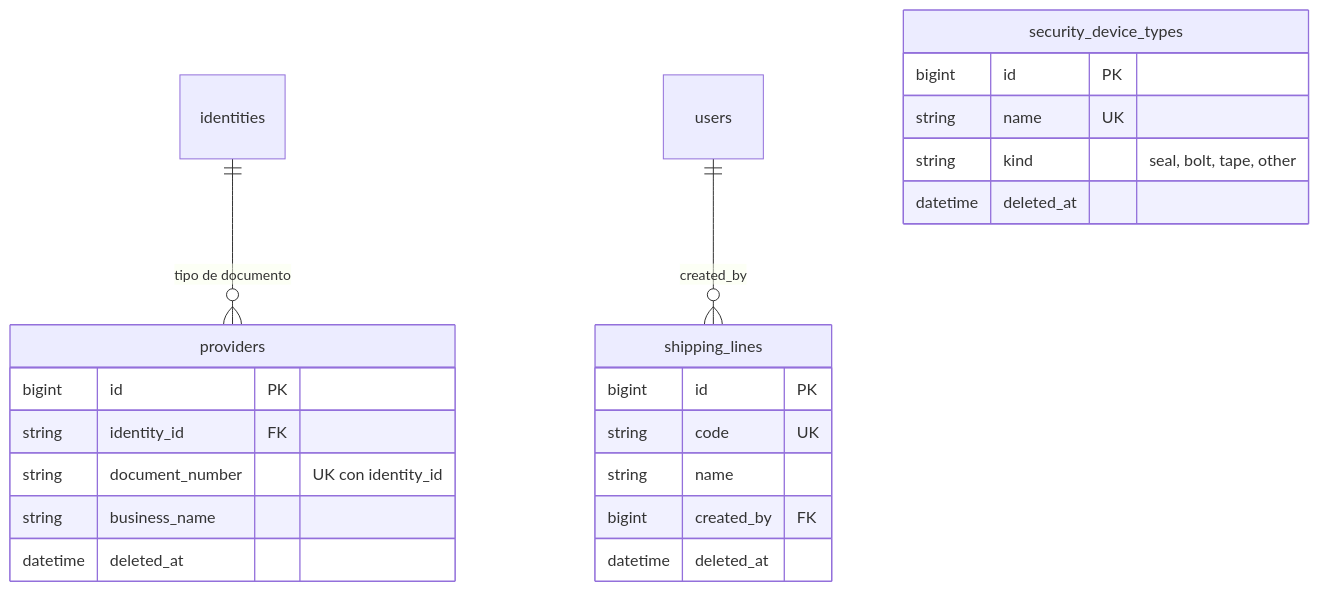
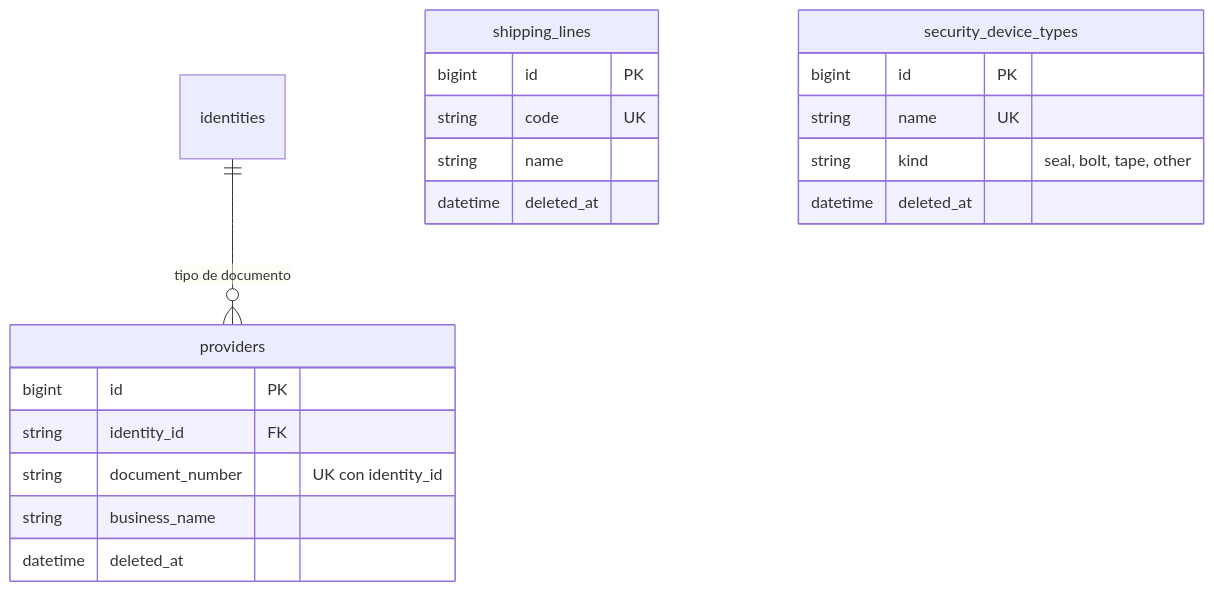
One commit to Cerati1998/SIGLA-TOS changed the second of 2 diagrams in docs/database.md. Above: the diagram before and after it, drawn with Mermaid. The commit also changed other lines of this file and 1 other file, not shown here.

````diff
--- a/docs/database.md
+++ b/docs/database.md
@@ -100,26 +100,24 @@
 ```mermaid
 erDiagram
   identities ||--o{ providers : "tipo de documento"
-  users ||--o{ shipping_lines : "created_by"
 
   shipping_lines {
     bigint id PK
     string code UK
     string name
-    bigint created_by FK
     datetime deleted_at
   }
   providers {
     bigint id PK
     string identity_id FK
     string document_number "UK con identity_id"
     string business_name
     datetime deleted_at
   }
   security_device_types {
     bigint id PK
     string name UK
     string kind "seal, bolt, tape, other"
     datetime deleted_at
   }
 ```
````
